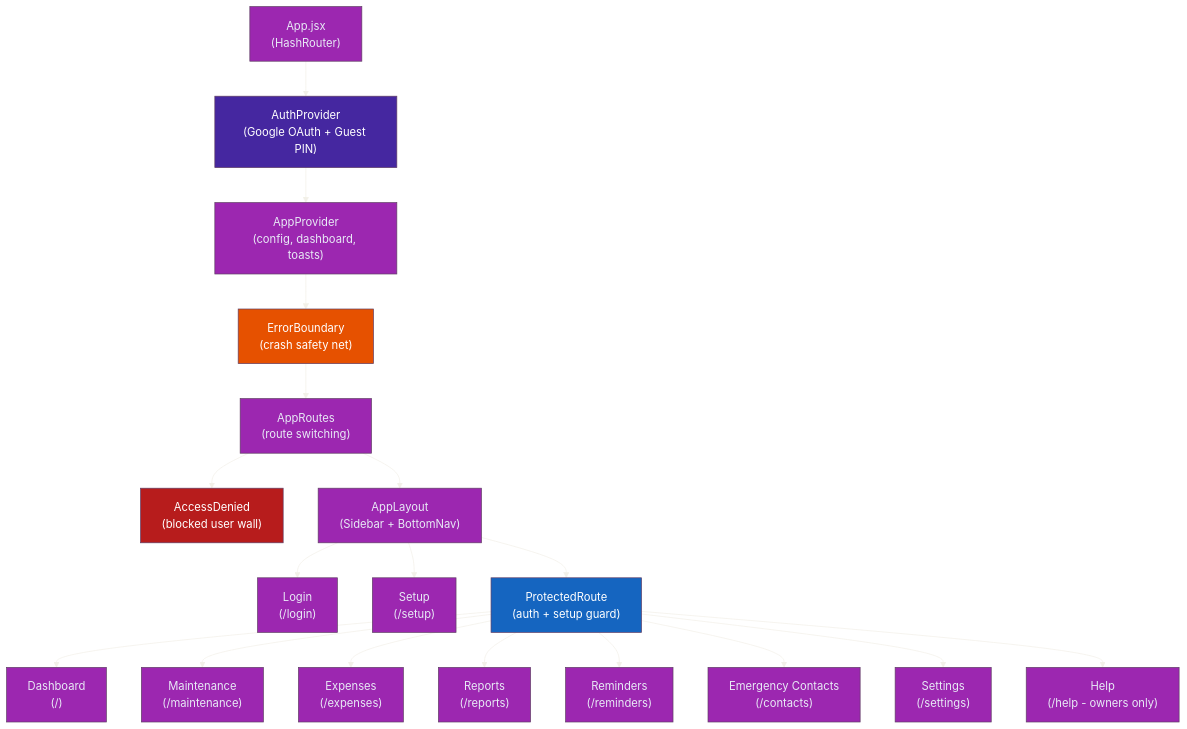
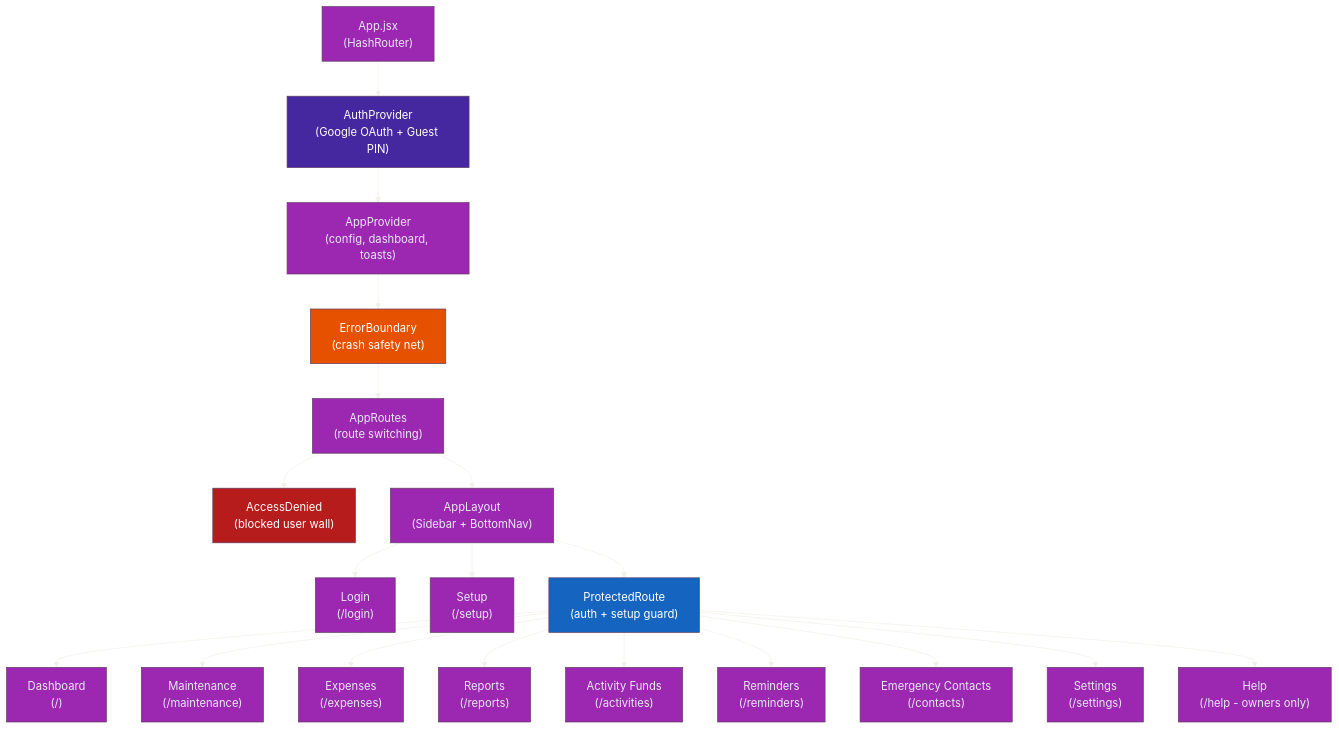
Before and after one commit to theprideoftirumala/AppartmentApp: the fifth of 7 diagrams in Explanation.md, drawn with Mermaid. The commit also changed other lines of this file and 26 other files, not shown here.

First line of the commit message:
Fix PDF and phone Google errors, add camera fill and activity funds.

````diff
--- a/Explanation.md
+++ b/Explanation.md
@@ -143,31 +149,32 @@
 ```mermaid
 %%{init: {'theme': 'base', 'themeVariables': {'primaryColor': '#9c27b0', 'tertiaryColor': '#1a1c26', 'background': '#0d0f17', 'primaryTextColor': '#e8eaf6'}}}%%
 graph TD
     ROOT["App.jsx\n(HashRouter)"]
 
     ROOT --> AUTH["AuthProvider\n(Google OAuth + Guest PIN)"]
     AUTH --> APPPROV["AppProvider\n(config, dashboard, toasts)"]
     APPPROV --> EB["ErrorBoundary\n(crash safety net)"]
     EB --> AR["AppRoutes\n(route switching)"]
 
     AR --> AD["AccessDenied\n(blocked user wall)"]
     AR --> AL["AppLayout\n(Sidebar + BottomNav)"]
 
     AL --> LOGIN["Login\n(/login)"]
     AL --> SETUP["Setup\n(/setup)"]
     AL --> PR["ProtectedRoute\n(auth + setup guard)"]
 
     PR --> DASH["Dashboard\n(/)"]
     PR --> MAINT["Maintenance\n(/maintenance)"]
     PR --> EXP["Expenses\n(/expenses)"]
     PR --> REP["Reports\n(/reports)"]
+    PR --> ACT["Activity Funds\n(/activities)"]
     PR --> REM["Reminders\n(/reminders)"]
     PR --> CONT["Emergency Contacts\n(/contacts)"]
     PR --> SETT["Settings\n(/settings)"]
     PR --> HELP["Help\n(/help - owners only)"]
 
     style AD fill:#b71c1c,color:#fff
     style EB fill:#e65100,color:#fff
     style PR fill:#1565c0,color:#fff
     style AUTH fill:#4527a0,color:#fff
 ```
````
